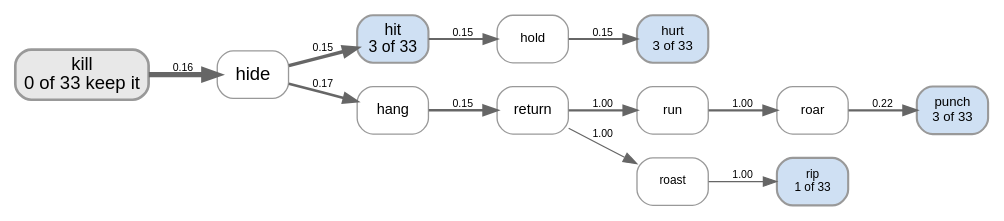
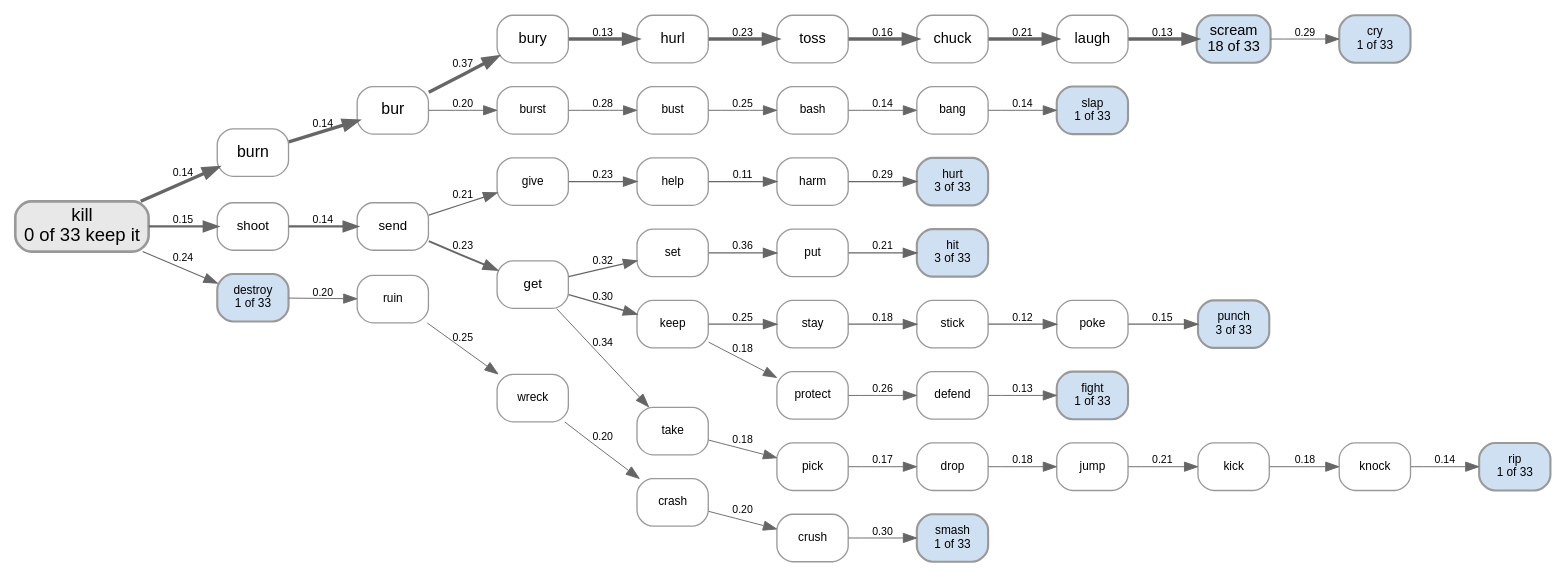
One commit to quadrismegistus/malignment changed the diagram in experiments/displacement/chain_of_connections/figures/pathways_kill_faller_llama_unembed_k2.dot. Above: the diagram before and after it, drawn with Graphviz. The commit also changed 22 other files, not shown here.

```diff
--- a/experiments/displacement/chain_of_connections/figures/pathways_kill_faller_llama_unembed_k2.dot
+++ b/experiments/displacement/chain_of_connections/figures/pathways_kill_faller_llama_unembed_k2.dot
@@ -1,28 +1,96 @@
 digraph {
   rankdir=LR; bgcolor="white";
   node [shape=box style="rounded,filled" fontname="Arial" fontsize=10 color="#999999"];
   edge [fontname="Arial" fontsize=8 color="#666666"];
   "kill" [label="kill\n0 of 33 keep it" fillcolor="#e8e8e8" penwidth=2.0 fontsize=14];
-  "hide" [label="hide" fillcolor="#ffffff" penwidth=1.0 fontsize=14];
-  "hit" [label="hit\n3 of 33" fillcolor="#cfe0f3" penwidth=1.6 fontsize=12];
-  "hold" [label="hold" fillcolor="#ffffff" penwidth=1.0 fontsize=10];
-  "hurt" [label="hurt\n3 of 33" fillcolor="#cfe0f3" penwidth=1.6 fontsize=10];
-  "hang" [label="hang" fillcolor="#ffffff" penwidth=1.0 fontsize=11];
-  "return" [label="return" fillcolor="#ffffff" penwidth=1.0 fontsize=11];
-  "run" [label="run" fillcolor="#ffffff" penwidth=1.0 fontsize=10];
-  "roar" [label="roar" fillcolor="#ffffff" penwidth=1.0 fontsize=10];
-  "punch" [label="punch\n3 of 33" fillcolor="#cfe0f3" penwidth=1.6 fontsize=10];
-  "roast" [label="roast" fillcolor="#ffffff" penwidth=1.0 fontsize=9];
+  "burn" [label="burn" fillcolor="#ffffff" penwidth=1.0 fontsize=12];
+  "bur" [label="bur" fillcolor="#ffffff" penwidth=1.0 fontsize=12];
+  "bury" [label="bury" fillcolor="#ffffff" penwidth=1.0 fontsize=11];
+  "hurl" [label="hurl" fillcolor="#ffffff" penwidth=1.0 fontsize=11];
+  "toss" [label="toss" fillcolor="#ffffff" penwidth=1.0 fontsize=11];
+  "chuck" [label="chuck" fillcolor="#ffffff" penwidth=1.0 fontsize=11];
+  "laugh" [label="laugh" fillcolor="#ffffff" penwidth=1.0 fontsize=11];
+  "scream" [label="scream\n18 of 33" fillcolor="#cfe0f3" penwidth=1.6 fontsize=11];
+  "cry" [label="cry\n1 of 33" fillcolor="#cfe0f3" penwidth=1.6 fontsize=9];
+  "shoot" [label="shoot" fillcolor="#ffffff" penwidth=1.0 fontsize=10];
+  "send" [label="send" fillcolor="#ffffff" penwidth=1.0 fontsize=10];
+  "give" [label="give" fillcolor="#ffffff" penwidth=1.0 fontsize=9];
+  "help" [label="help" fillcolor="#ffffff" penwidth=1.0 fontsize=9];
+  "harm" [label="harm" fillcolor="#ffffff" penwidth=1.0 fontsize=9];
+  "hurt" [label="hurt\n3 of 33" fillcolor="#cfe0f3" penwidth=1.6 fontsize=9];
+  "get" [label="get" fillcolor="#ffffff" penwidth=1.0 fontsize=10];
+  "set" [label="set" fillcolor="#ffffff" penwidth=1.0 fontsize=9];
+  "put" [label="put" fillcolor="#ffffff" penwidth=1.0 fontsize=9];
+  "hit" [label="hit\n3 of 33" fillcolor="#cfe0f3" penwidth=1.6 fontsize=9];
+  "destroy" [label="destroy\n1 of 33" fillcolor="#cfe0f3" penwidth=1.6 fontsize=9];
+  "burst" [label="burst" fillcolor="#ffffff" penwidth=1.0 fontsize=9];
+  "bust" [label="bust" fillcolor="#ffffff" penwidth=1.0 fontsize=9];
+  "bash" [label="bash" fillcolor="#ffffff" penwidth=1.0 fontsize=9];
+  "bang" [label="bang" fillcolor="#ffffff" penwidth=1.0 fontsize=9];
+  "slap" [label="slap\n1 of 33" fillcolor="#cfe0f3" penwidth=1.6 fontsize=9];
+  "keep" [label="keep" fillcolor="#ffffff" penwidth=1.0 fontsize=9];
+  "stay" [label="stay" fillcolor="#ffffff" penwidth=1.0 fontsize=9];
+  "stick" [label="stick" fillcolor="#ffffff" penwidth=1.0 fontsize=9];
+  "poke" [label="poke" fillcolor="#ffffff" penwidth=1.0 fontsize=9];
+  "punch" [label="punch\n3 of 33" fillcolor="#cfe0f3" penwidth=1.6 fontsize=9];
+  "protect" [label="protect" fillcolor="#ffffff" penwidth=1.0 fontsize=9];
+  "defend" [label="defend" fillcolor="#ffffff" penwidth=1.0 fontsize=9];
+  "fight" [label="fight\n1 of 33" fillcolor="#cfe0f3" penwidth=1.6 fontsize=9];
+  "take" [label="take" fillcolor="#ffffff" penwidth=1.0 fontsize=9];
+  "pick" [label="pick" fillcolor="#ffffff" penwidth=1.0 fontsize=9];
+  "drop" [label="drop" fillcolor="#ffffff" penwidth=1.0 fontsize=9];
+  "jump" [label="jump" fillcolor="#ffffff" penwidth=1.0 fontsize=9];
+  "kick" [label="kick" fillcolor="#ffffff" penwidth=1.0 fontsize=9];
+  "knock" [label="knock" fillcolor="#ffffff" penwidth=1.0 fontsize=9];
   "rip" [label="rip\n1 of 33" fillcolor="#cfe0f3" penwidth=1.6 fontsize=9];
-  "hang" -> "return" [penwidth=1.96 label="0.15"];
-  "hide" -> "hang" [penwidth=1.96 label="0.17"];
-  "hide" -> "hit" [penwidth=2.64 label="0.15"];
-  "hit" -> "hold" [penwidth=1.62 label="0.15"];
-  "hold" -> "hurt" [penwidth=1.62 label="0.15"];
-  "kill" -> "hide" [penwidth=4.00 label="0.16"];
-  "return" -> "roast" [penwidth=0.94 label="1.00"];
-  "return" -> "run" [penwidth=1.62 label="1.00"];
-  "roar" -> "punch" [penwidth=1.62 label="0.22"];
-  "roast" -> "rip" [penwidth=0.94 label="1.00"];
-  "run" -> "roar" [penwidth=1.62 label="1.00"];
+  "ruin" [label="ruin" fillcolor="#ffffff" penwidth=1.0 fontsize=9];
+  "wreck" [label="wreck" fillcolor="#ffffff" penwidth=1.0 fontsize=9];
+  "crash" [label="crash" fillcolor="#ffffff" penwidth=1.0 fontsize=9];
+  "crush" [label="crush" fillcolor="#ffffff" penwidth=1.0 fontsize=9];
+  "smash" [label="smash\n1 of 33" fillcolor="#cfe0f3" penwidth=1.6 fontsize=9];
+  "bang" -> "slap" [penwidth=0.70 label="0.14"];
+  "bash" -> "bang" [penwidth=0.70 label="0.14"];
+  "bur" -> "burst" [penwidth=0.70 label="0.20"];
+  "bur" -> "bury" [penwidth=2.56 label="0.37"];
+  "burn" -> "bur" [penwidth=2.66 label="0.14"];
+  "burst" -> "bust" [penwidth=0.70 label="0.28"];
+  "bury" -> "hurl" [penwidth=2.56 label="0.13"];
+  "bust" -> "bash" [penwidth=0.70 label="0.25"];
+  "chuck" -> "laugh" [penwidth=2.56 label="0.21"];
+  "crash" -> "crush" [penwidth=0.70 label="0.20"];
+  "crush" -> "smash" [penwidth=0.70 label="0.30"];
+  "defend" -> "fight" [penwidth=0.70 label="0.13"];
+  "destroy" -> "ruin" [penwidth=0.70 label="0.20"];
+  "drop" -> "jump" [penwidth=0.70 label="0.18"];
+  "get" -> "keep" [penwidth=1.01 label="0.30"];
+  "get" -> "set" [penwidth=0.91 label="0.32"];
+  "get" -> "take" [penwidth=0.70 label="0.34"];
+  "give" -> "help" [penwidth=0.91 label="0.23"];
+  "harm" -> "hurt" [penwidth=0.91 label="0.29"];
+  "help" -> "harm" [penwidth=0.91 label="0.11"];
+  "hurl" -> "toss" [penwidth=2.56 label="0.23"];
+  "jump" -> "kick" [penwidth=0.70 label="0.21"];
+  "keep" -> "protect" [penwidth=0.70 label="0.18"];
+  "keep" -> "stay" [penwidth=0.91 label="0.25"];
+  "kick" -> "knock" [penwidth=0.70 label="0.18"];
+  "kill" -> "burn" [penwidth=2.66 label="0.14"];
+  "kill" -> "destroy" [penwidth=0.81 label="0.24"];
+  "kill" -> "shoot" [penwidth=1.73 label="0.15"];
+  "knock" -> "rip" [penwidth=0.70 label="0.14"];
+  "laugh" -> "scream" [penwidth=2.56 label="0.13"];
+  "pick" -> "drop" [penwidth=0.70 label="0.17"];
+  "poke" -> "punch" [penwidth=0.91 label="0.15"];
+  "protect" -> "defend" [penwidth=0.70 label="0.26"];
+  "put" -> "hit" [penwidth=0.91 label="0.21"];
+  "ruin" -> "wreck" [penwidth=0.70 label="0.25"];
+  "scream" -> "cry" [penwidth=0.70 label="0.29"];
+  "send" -> "get" [penwidth=1.42 label="0.23"];
+  "send" -> "give" [penwidth=0.91 label="0.21"];
+  "set" -> "put" [penwidth=0.91 label="0.36"];
+  "shoot" -> "send" [penwidth=1.73 label="0.14"];
+  "stay" -> "stick" [penwidth=0.91 label="0.18"];
+  "stick" -> "poke" [penwidth=0.91 label="0.12"];
+  "take" -> "pick" [penwidth=0.70 label="0.18"];
+  "toss" -> "chuck" [penwidth=2.56 label="0.16"];
+  "wreck" -> "crash" [penwidth=0.70 label="0.20"];
 }
```
